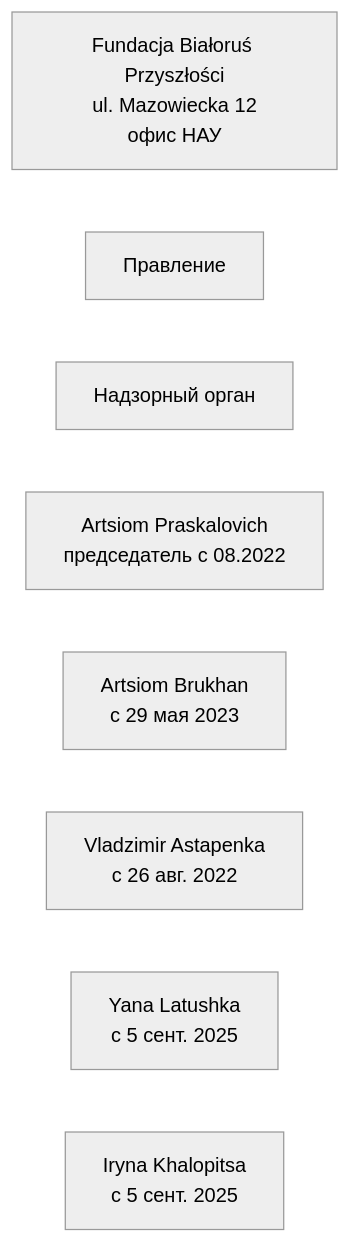
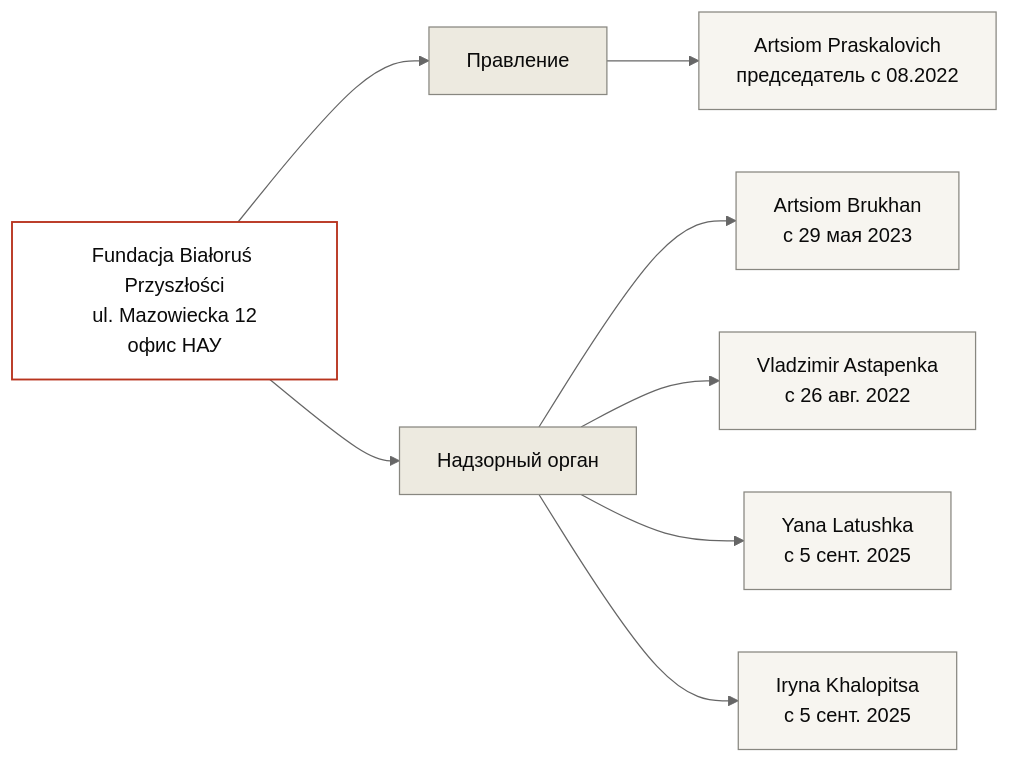
The diagram in docs/ru/organizations/fundacja-solidarnosci-miedzynarodowej.md (belarustransparency/belarus-transparency), drawn with Mermaid (neutral theme) before and after one commit.

````diff
--- a/docs/ru/organizations/fundacja-solidarnosci-miedzynarodowej.md
+++ b/docs/ru/organizations/fundacja-solidarnosci-miedzynarodowej.md
@@ -196,19 +196,27 @@
 ```mermaid
 graph LR
     ORG["Fundacja Białoruś Przyszłości<br/>ul. Mazowiecka 12<br/>офис НАУ"]
     MGMT["Правление"]
     OVS["Надзорный орган"]
     PRES["Artsiom Praskalovich<br/>председатель с 08.2022"]
     OV1["Artsiom Brukhan<br/>с 29 мая 2023"]
     OV2["Vladzimir Astapenka<br/>с 26 авг. 2022"]
     OV3["Yana Latushka<br/>с 5 сент. 2025"]
     OV4["Iryna Khalopitsa<br/>с 5 сент. 2025"]
+    
+    ORG --> MGMT
+    ORG --> OVS
+    MGMT --> PRES
+    OVS --> OV1
+    OVS --> OV2
+    OVS --> OV3
+    OVS --> OV4
 
-    classDef state fill:#EDEAE0,stroke:#0A0A0A,stroke-width:1px,color:#0A0A0A;
     classDef org fill:#FFFFFF,stroke:#B8341E,stroke-width:1.5px,color:#0A0A0A;
-    classDef control fill:#F7F5F0,stroke:#888780,stroke-width:1px,color:#0A0A0A;
+    classDef unit fill:#EDEAE0,stroke:#888780,stroke-width:1px,color:#0A0A0A;
+    classDef person fill:#F7F5F0,stroke:#888780,stroke-width:1px,color:#0A0A0A;
 
-    class MSZ state;
-    class FSM,BP org;
-    class NIK control;
+    class ORG org;
+    class MGMT,OVS unit;
+    class PRES,OV1,OV2,OV3,OV4 person;
 ```
````
